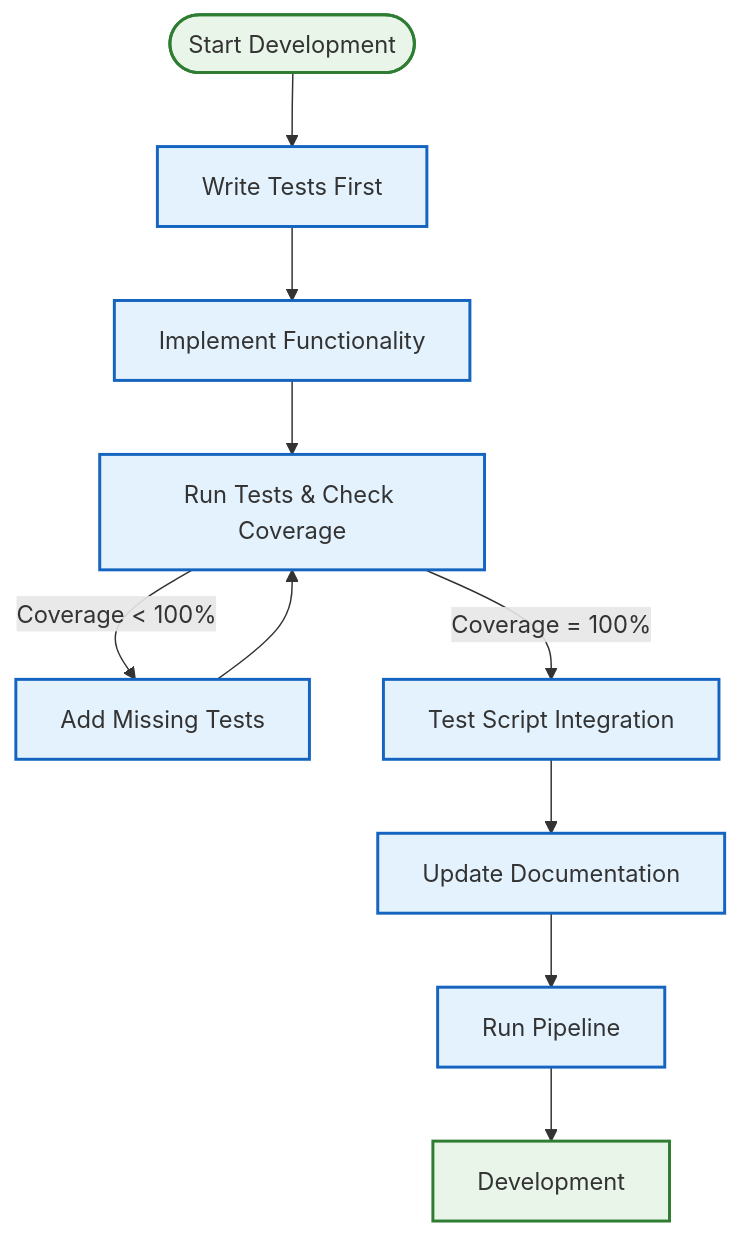
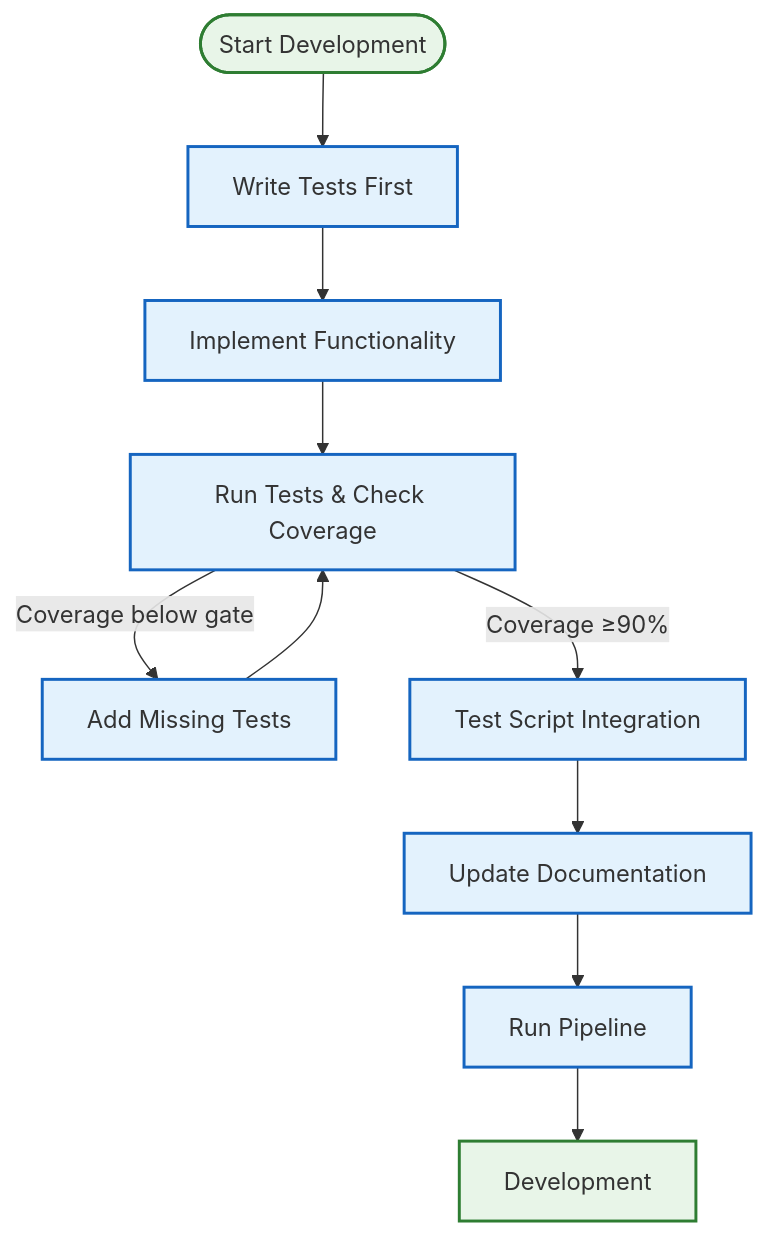
The second of 4 diagrams in docs/core/workflow.md (docxology/template), drawn with Mermaid before and after one commit. The commit also changed other lines of this file and 424 other files, not shown here.

````diff
--- a/docs/core/workflow.md
+++ b/docs/core/workflow.md
@@ -117,19 +117,19 @@
 ```mermaid
 flowchart TD
     START([Start Development]) --> TESTS[Write Tests First]
     TESTS --> IMPLEMENT[Implement Functionality]
     IMPLEMENT --> VALIDATE[Run Tests & Check Coverage]
-    VALIDATE -->|Coverage < 100%| ADD_TESTS[Add Missing Tests]
+    VALIDATE -->|Coverage below gate| ADD_TESTS[Add Missing Tests]
     ADD_TESTS --> VALIDATE
-    VALIDATE -->|Coverage = 100%| INTEGRATION[Test Script Integration]
+    VALIDATE -->|Coverage ≥90%| INTEGRATION[Test Script Integration]
     INTEGRATION --> DOCS[Update Documentation]
     DOCS --> PIPELINE[Run Pipeline]
     PIPELINE --> SUCCESS[Development]
 
     classDef process fill:#e3f2fd,stroke:#1565c0,stroke-width:2px
     classDef decision fill:#fff3e0,stroke:#e65100,stroke-width:2px
     classDef success fill:#e8f5e8,stroke:#2e7d32,stroke-width:2px
 
     class TESTS,IMPLEMENT,VALIDATE,ADD_TESTS,INTEGRATION,DOCS,PIPELINE process
     class START,SUCCESS success
 ```
````
